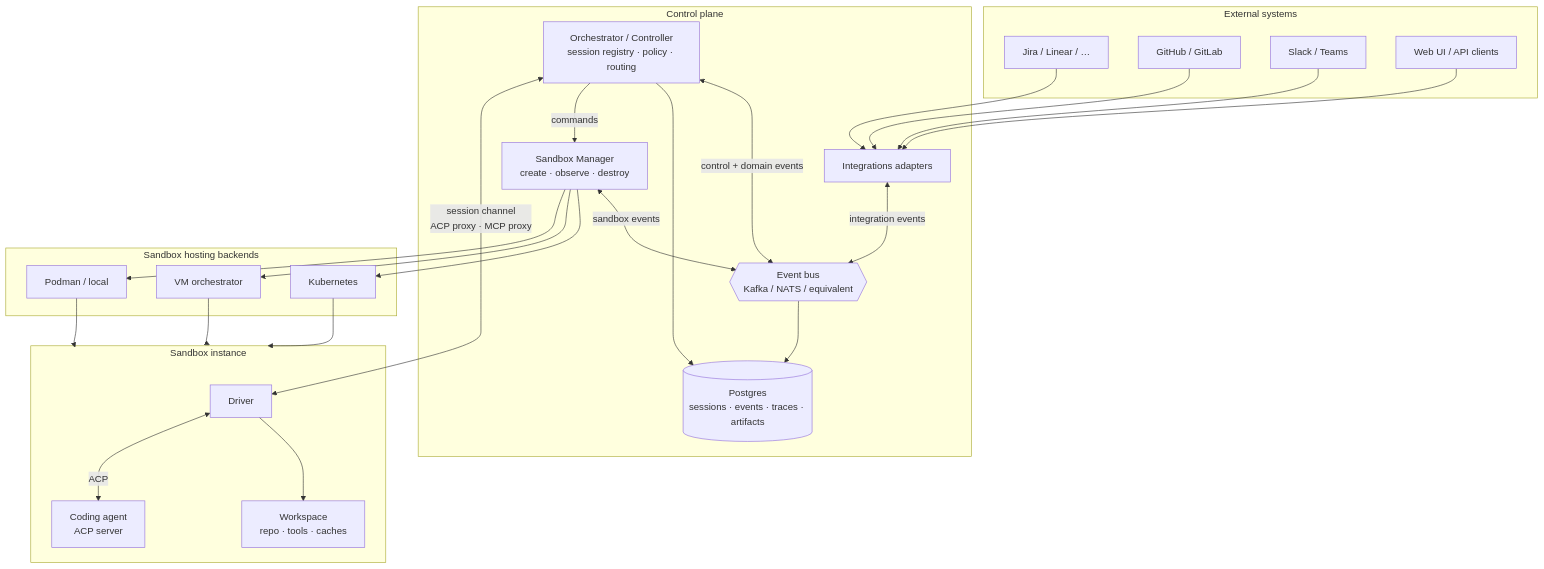
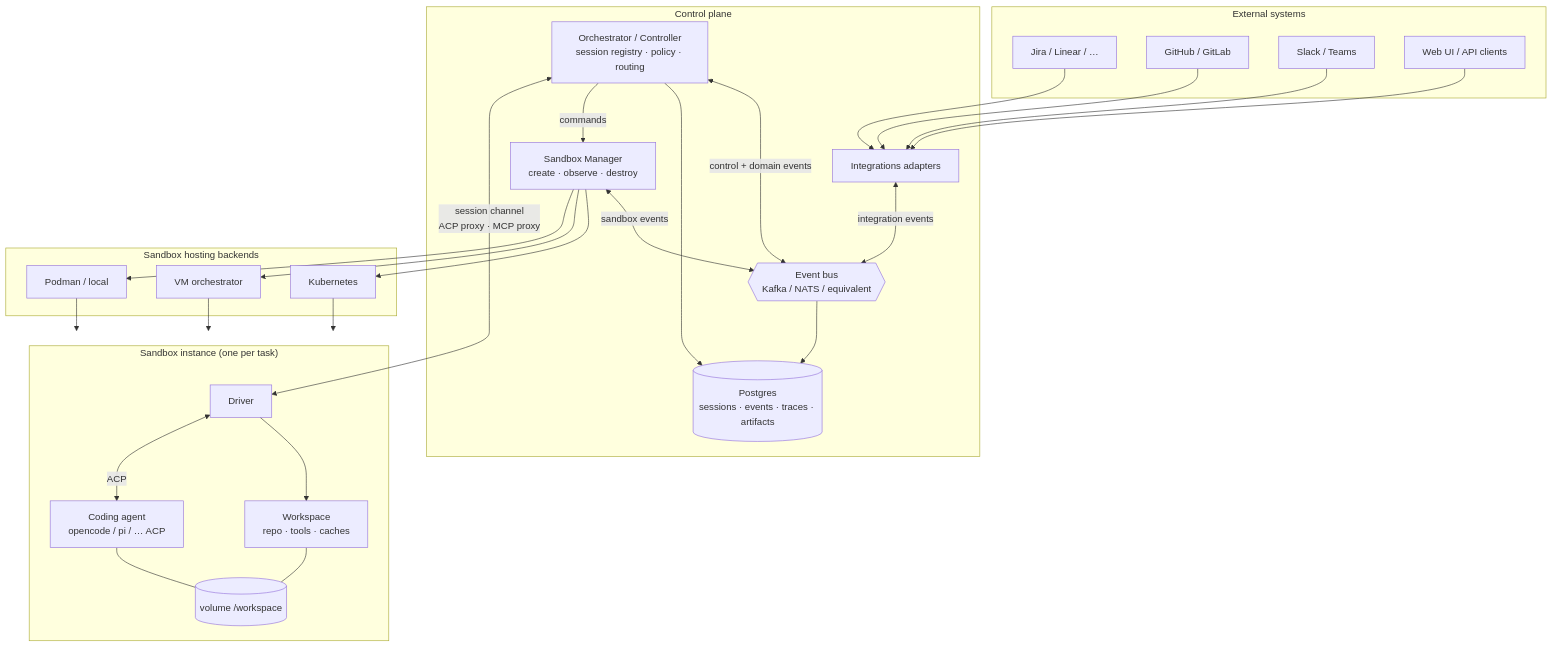
Before and after one commit to OmChillure/fleet: the first of 6 diagrams in docs/architecture/README.md, drawn with Mermaid. The commit also changed other lines of this file and 70 other files, not shown here.

First line of the commit message:
feat(fleet-driver): per-task sandbox lab with OpenCode and Pi harnesses

````diff
--- a/docs/architecture/README.md
+++ b/docs/architecture/README.md
@@ -70,44 +81,47 @@
 ```mermaid
 flowchart TB
   subgraph External["External systems"]
     Jira[Jira / Linear / …]
     GH[GitHub / GitLab]
     Slack[Slack / Teams]
     UI[Web UI / API clients]
   end
 
   subgraph ControlPlane["Control plane"]
     INT[Integrations adapters]
     ORC[Orchestrator / Controller<br/>session registry · policy · routing]
     SM[Sandbox Manager<br/>create · observe · destroy]
     PG[(Postgres<br/>sessions · events · traces · artifacts)]
     BUS{{Event bus<br/>Kafka / NATS / equivalent}}
   end
 
   subgraph Hosting["Sandbox hosting backends"]
     K8S[Kubernetes]
     VM[VM orchestrator]
     POD[Podman / local]
   end
 
-  subgraph Sandbox["Sandbox instance"]
+  subgraph Sandbox["Sandbox instance (one per task)"]
     DRV[Driver]
     WS[Workspace<br/>repo · tools · caches]
-    AGENT[Coding agent<br/>ACP server]
+    VOL[(volume /workspace)]
+    AGENT[Coding agent<br/>opencode / pi / … ACP]
+    WS --- VOL
+    AGENT --- VOL
   end
 
   Jira & GH & Slack & UI --> INT
   INT <-->|integration events| BUS
   ORC <-->|control + domain events| BUS
   SM  <-->|sandbox events| BUS
   ORC --> PG
   BUS --> PG
 
   ORC -->|commands| SM
   SM --> K8S & VM & POD
   K8S & VM & POD --> Sandbox
 
   ORC <-->|session channel<br/>ACP proxy · MCP proxy| DRV
   DRV --> WS
   DRV <-->|ACP| AGENT
 ```
````
